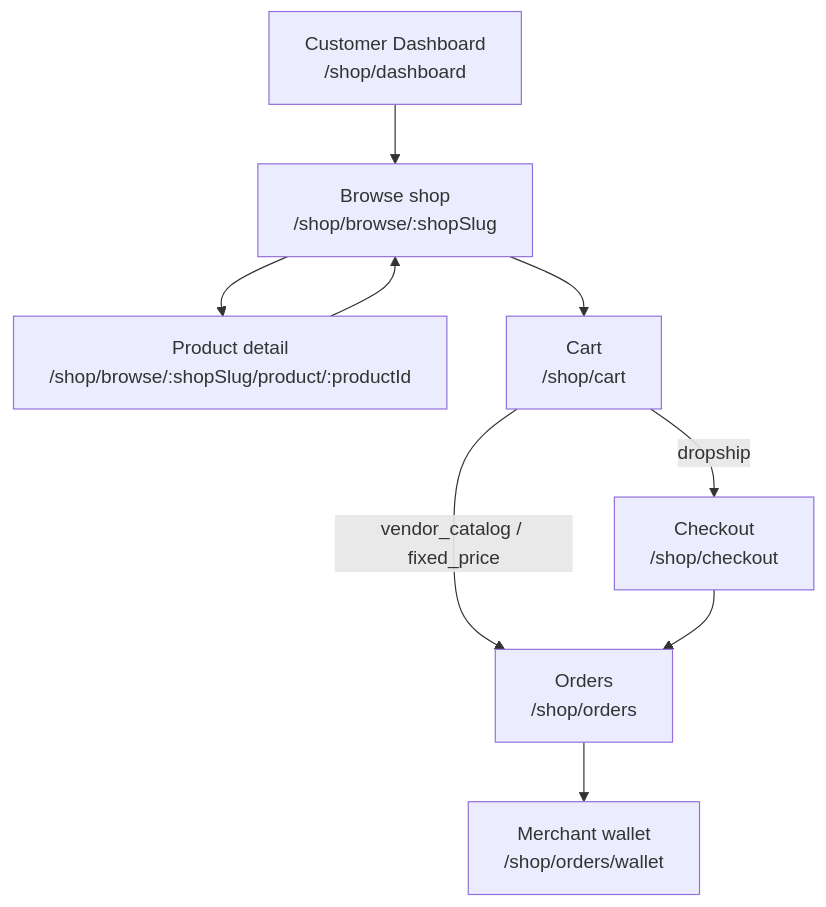
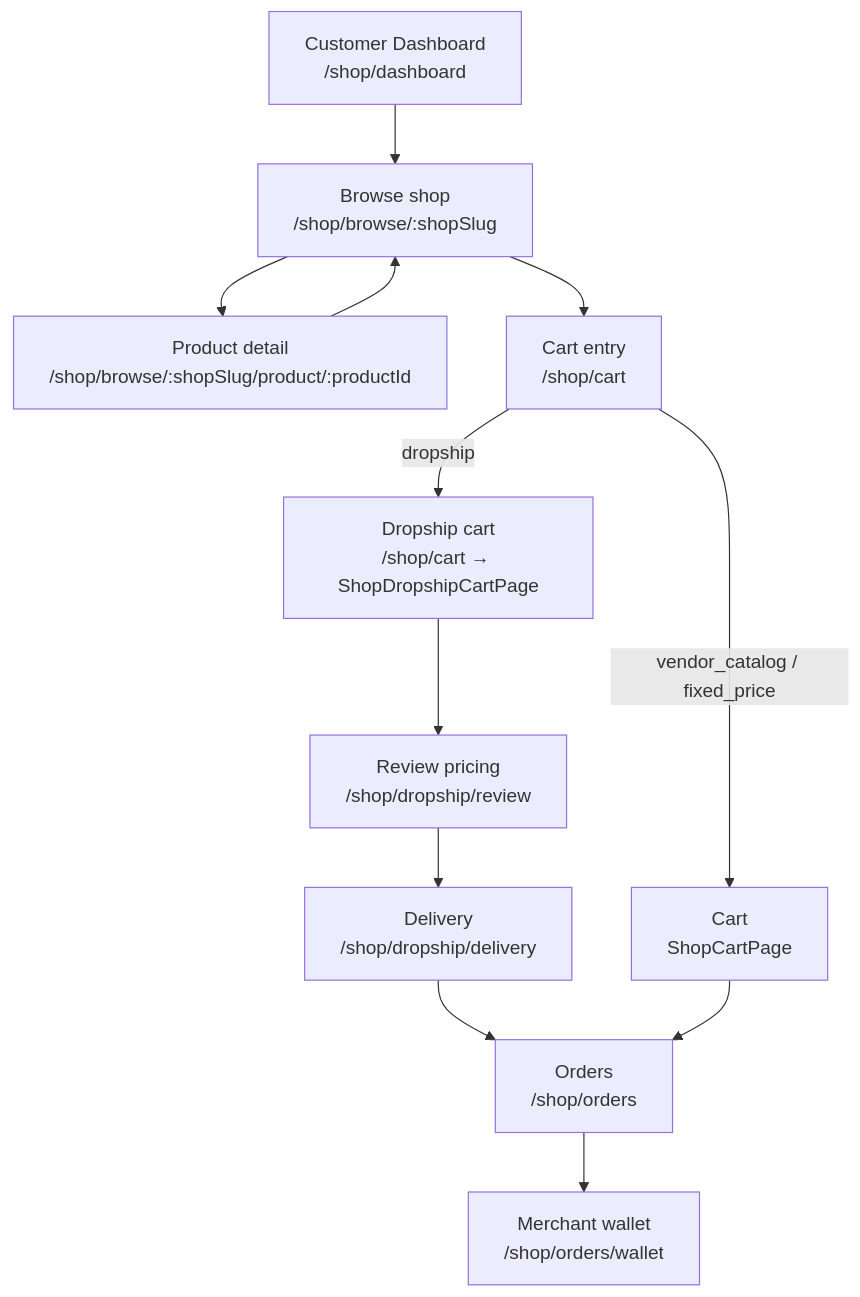
Before and after one commit to david-git-2/brandwala-wholesale-quasar-v2: the third of 4 diagrams in doc/shop_order/UI_FLOW.md, drawn with Mermaid. The commit also changed other lines of this file and 15 other files, not shown here.

Commit message:
pricing fixed for dropship

````diff
--- a/doc/shop_order/UI_FLOW.md
+++ b/doc/shop_order/UI_FLOW.md
@@ -170,11 +170,14 @@
 ```mermaid
 flowchart TD
     D["Customer Dashboard<br/>/shop/dashboard"] --> B["Browse shop<br/>/shop/browse/:shopSlug"]
     B --> P["Product detail<br/>/shop/browse/:shopSlug/product/:productId"]
     P --> B
-    B --> C["Cart<br/>/shop/cart"]
-    C -->|"vendor_catalog / fixed_price"| O["Orders<br/>/shop/orders"]
-    C -->|dropship| K["Checkout<br/>/shop/checkout"]
-    K --> O
+    B --> C["Cart entry<br/>/shop/cart"]
+    C -->|"vendor_catalog / fixed_price"| CP["Cart<br/>ShopCartPage"]
+    C -->|dropship| DC["Dropship cart<br/>/shop/cart → ShopDropshipCartPage"]
+    DC --> DR["Review pricing<br/>/shop/dropship/review"]
+    DR --> DD["Delivery<br/>/shop/dropship/delivery"]
+    DD --> O["Orders<br/>/shop/orders"]
+    CP --> O
     O --> W["Merchant wallet<br/>/shop/orders/wallet"]
 ```
````
